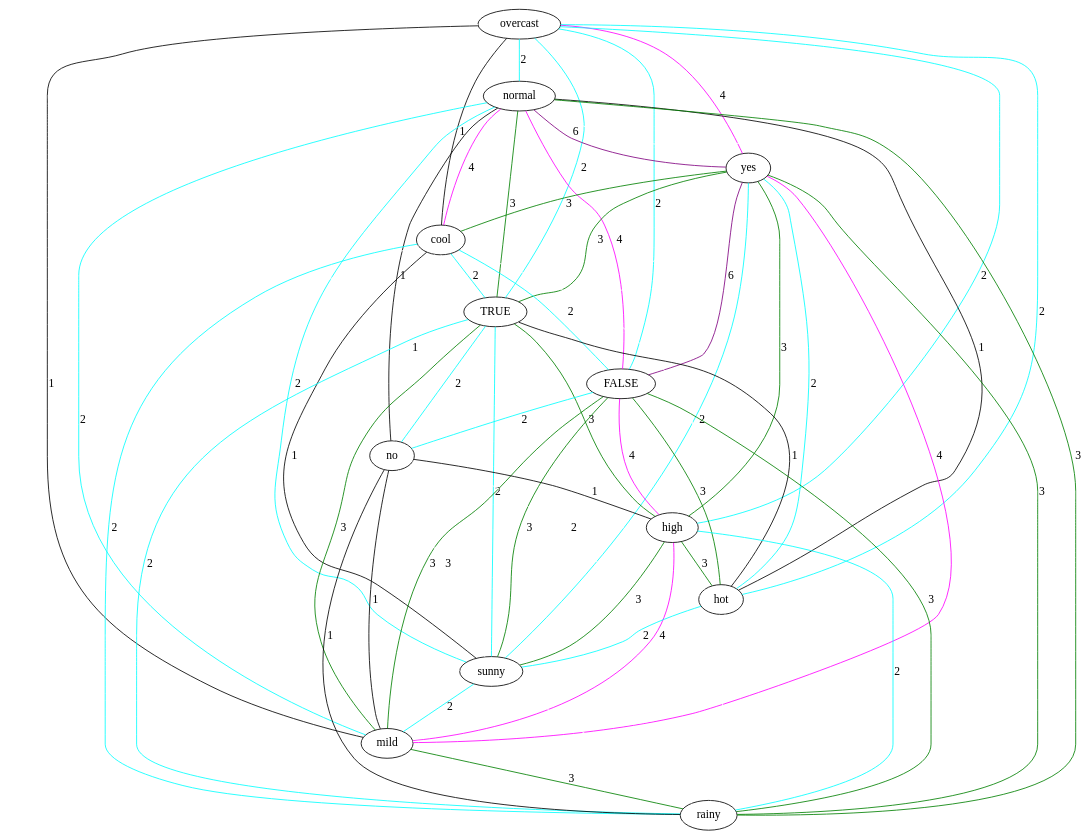
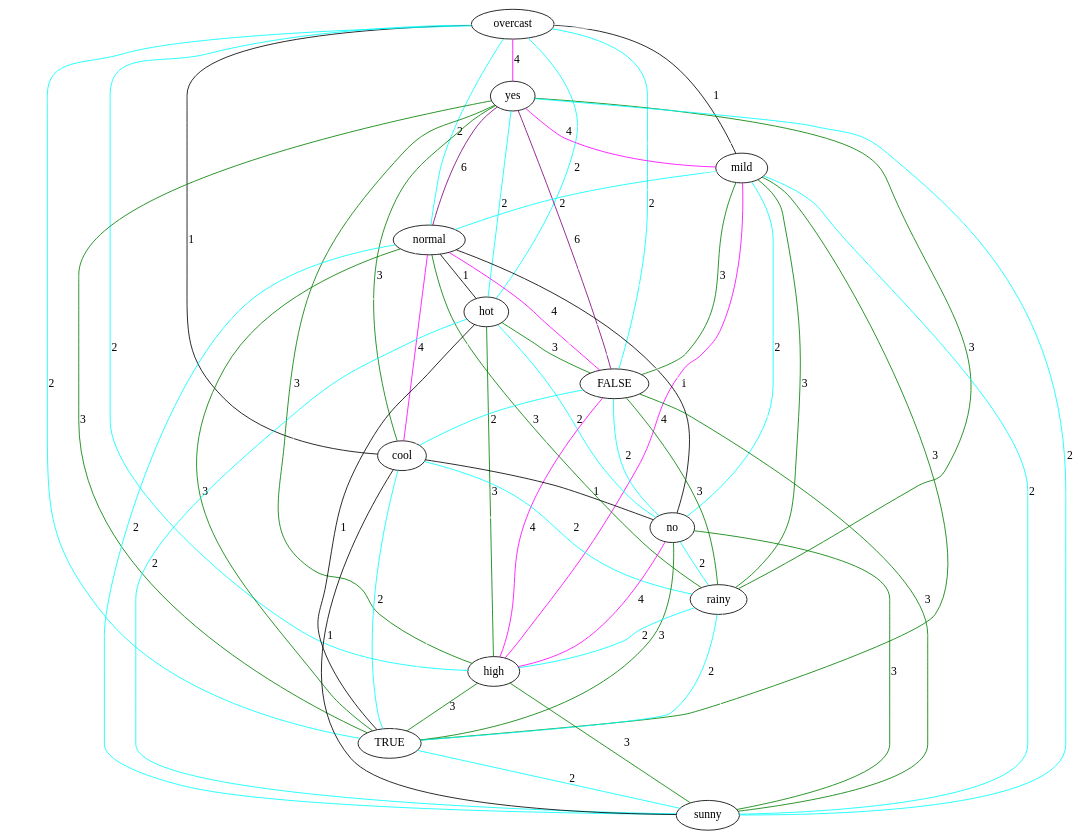
The diagram in src/SQL/gaifman.dot (lrodrin/TFG), drawn with Graphviz before and after one commit. The commit also changed 7 other files, not shown here.

```diff
--- a/src/SQL/gaifman.dot
+++ b/src/SQL/gaifman.dot
@@ -1,119 +1,80 @@
 strict graph "" {
 overcast;
+yes;
+mild;
 normal;
-yes
-;
+hot;
+FALSE;
 cool;
-TRUE;
-FALSE;
-no
-;
-high;
-hot;
-sunny;
-mild;
 no;
 rainy;
+high;
+TRUE;
+sunny;
 overcast -- normal  [color=cyan, label=2];
-overcast -- cool  [color=black, label=1];
-overcast -- yes
-  [color=magenta, label=4];
+overcast -- yes  [color=magenta, label=4];
+overcast -- sunny  [color=white];
+overcast -- mild  [color=black, label=1];
 overcast -- no  [color=white];
-overcast -- FALSE  [color=cyan, label=2];
-overcast -- sunny  [color=white];
-overcast -- no
-  [color=white];
 overcast -- hot  [color=cyan, label=2];
 overcast -- high  [color=cyan, label=2];
-overcast -- mild  [color=black, label=1];
+overcast -- FALSE  [color=cyan, label=2];
+overcast -- cool  [color=black, label=1];
+overcast -- rainy  [color=white];
 overcast -- TRUE  [color=cyan, label=2];
-overcast -- rainy  [color=white];
+yes -- normal  [color=purple, label=6];
+yes -- TRUE  [color=green, label=3];
+yes -- sunny  [color=cyan, label=2];
+yes -- mild  [color=magenta, label=4];
+yes -- no  [color=white];
+yes -- hot  [color=cyan, label=2];
+yes -- high  [color=green, label=3];
+yes -- FALSE  [color=purple, label=6];
+yes -- cool  [color=green, label=3];
+yes -- rainy  [color=green, label=3];
+mild -- normal  [color=cyan, label=2];
+mild -- sunny  [color=cyan, label=2];
+mild -- cool  [color=white];
+mild -- no  [color=cyan, label=2];
+mild -- hot  [color=white];
+mild -- high  [color=magenta, label=4];
+mild -- FALSE  [color=green, label=3];
+mild -- rainy  [color=green, label=3];
+mild -- TRUE  [color=green, label=3];
+normal -- cool  [color=magenta, label=4];
 normal -- sunny  [color=cyan, label=2];
-normal -- cool  [color=magenta, label=4];
-normal -- yes
-  [color=purple, label=6];
-normal -- no  [color=white];
-normal -- FALSE  [color=magenta, label=4];
-normal -- no
-  [color=black, label=1];
+normal -- no  [color=black, label=1];
 normal -- hot  [color=black, label=1];
 normal -- high  [color=white];
-normal -- mild  [color=cyan, label=2];
+normal -- FALSE  [color=magenta, label=4];
+normal -- rainy  [color=green, label=3];
 normal -- TRUE  [color=green, label=3];
-normal -- rainy  [color=green, label=3];
-yes
- -- cool  [color=green, label=3];
-yes
- -- TRUE  [color=green, label=3];
-yes
- -- FALSE  [color=purple, label=6];
-yes
- -- sunny  [color=cyan, label=2];
-yes
- -- no
-  [color=white];
-yes
- -- hot  [color=cyan, label=2];
-yes
- -- high  [color=green, label=3];
-yes
- -- mild  [color=magenta, label=4];
-yes
- -- no  [color=white];
-yes
- -- rainy  [color=green, label=3];
+hot -- sunny  [color=cyan, label=2];
+hot -- no  [color=cyan, label=2];
+hot -- cool  [color=white];
+hot -- high  [color=green, label=3];
+hot -- FALSE  [color=green, label=3];
+hot -- rainy  [color=white];
+hot -- TRUE  [color=black, label=1];
+FALSE -- TRUE  [color=white];
+FALSE -- sunny  [color=green, label=3];
+FALSE -- no  [color=cyan, label=2];
+FALSE -- high  [color=magenta, label=4];
+FALSE -- cool  [color=cyan, label=2];
+FALSE -- rainy  [color=green, label=3];
+cool -- sunny  [color=black, label=1];
+cool -- no  [color=black, label=1];
+cool -- high  [color=white];
+cool -- rainy  [color=cyan, label=2];
 cool -- TRUE  [color=cyan, label=2];
-cool -- FALSE  [color=cyan, label=2];
-cool -- sunny  [color=black, label=1];
-cool -- no
-  [color=black, label=1];
-cool -- hot  [color=white];
-cool -- high  [color=white];
-cool -- mild  [color=white];
-cool -- no  [color=white];
-cool -- rainy  [color=cyan, label=2];
-TRUE -- no  [color=black, label=1];
-TRUE -- FALSE  [color=white];
+no -- sunny  [color=green, label=3];
+no -- high  [color=magenta, label=4];
+no -- rainy  [color=cyan, label=2];
+no -- TRUE  [color=green, label=3];
+rainy -- high  [color=cyan, label=2];
+rainy -- sunny  [color=white];
+rainy -- TRUE  [color=cyan, label=2];
+high -- sunny  [color=green, label=3];
+high -- TRUE  [color=green, label=3];
 TRUE -- sunny  [color=cyan, label=2];
-TRUE -- no
-  [color=cyan, label=2];
-TRUE -- hot  [color=black, label=1];
-TRUE -- high  [color=green, label=3];
-TRUE -- mild  [color=green, label=3];
-TRUE -- rainy  [color=cyan, label=2];
-FALSE -- no  [color=white];
-FALSE -- sunny  [color=green, label=3];
-FALSE -- no
-  [color=cyan, label=2];
-FALSE -- hot  [color=green, label=3];
-FALSE -- high  [color=magenta, label=4];
-FALSE -- mild  [color=green, label=3];
-FALSE -- rainy  [color=green, label=3];
-no
- -- sunny  [color=green, label=3];
-no
- -- hot  [color=cyan, label=2];
-no
- -- high  [color=green, label=3];
-no
- -- mild  [color=black, label=1];
-no
- -- no  [color=white];
-no
- -- rainy  [color=black, label=1];
-high -- no  [color=black, label=1];
-high -- hot  [color=green, label=3];
-high -- sunny  [color=green, label=3];
-high -- mild  [color=magenta, label=4];
-high -- rainy  [color=cyan, label=2];
-hot -- no  [color=white];
-hot -- sunny  [color=cyan, label=2];
-hot -- mild  [color=white];
-hot -- rainy  [color=white];
-sunny -- no  [color=white];
-sunny -- mild  [color=cyan, label=2];
-sunny -- rainy  [color=white];
-mild -- no  [color=black, label=1];
-mild -- rainy  [color=green, label=3];
-no -- rainy  [color=black, label=1];
 }
```
